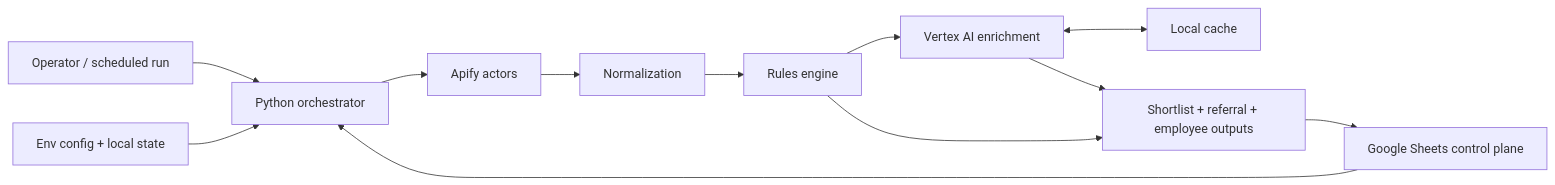
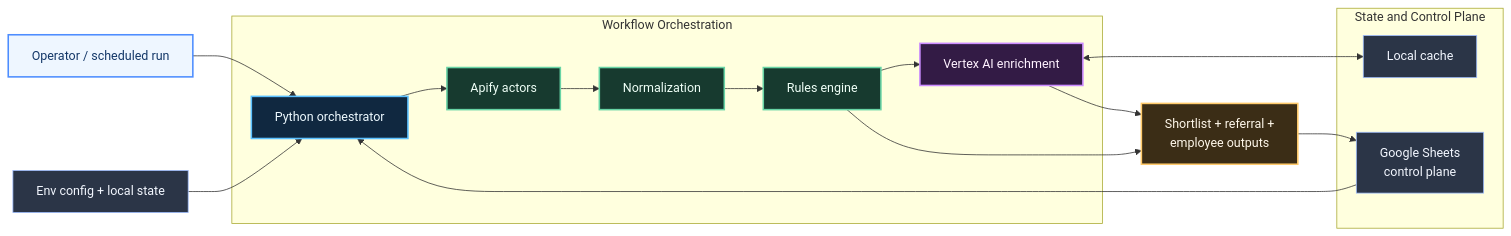
One commit to swapnil-a-p/ai-job-search-mvp changed the diagram in README.md. Above: the diagram before and after it, drawn with Mermaid. The commit also changed 1 other file, not shown here.

Commit message:
Style architecture diagrams with layered Mermaid visuals

````diff
--- a/README.md
+++ b/README.md
@@ -26,25 +26,46 @@
 ```mermaid
 flowchart LR
+    classDef actor fill:#eef6ff,stroke:#4d8dff,color:#133768,stroke-width:2px;
+    classDef orchestrator fill:#102840,stroke:#5bc0ff,color:#eefaff,stroke-width:2px;
+    classDef process fill:#173a2f,stroke:#68d4a5,color:#effff7,stroke-width:2px;
+    classDef ai fill:#331b45,stroke:#cc8cff,color:#fff3ff,stroke-width:2px;
+    classDef storage fill:#2b3547,stroke:#9ebdff,color:#f3f7ff;
+    classDef output fill:#3b2d16,stroke:#ffca6b,color:#fff8eb,stroke-width:2px;
+
     OP[Operator / scheduled run]
     CFG[Env config + local state]
-    ORCH[Python orchestrator]
-    APIFY[Apify actors]
-    NORM[Normalization]
-    SCORE[Rules engine]
-    LLM[Vertex AI enrichment]
-    CACHE[Local cache]
-    SHEETS[Google Sheets control plane]
-    OUT[Shortlist + referral + employee outputs]
+
+    subgraph PIPE[Workflow Orchestration]
+        ORCH[Python orchestrator]
+        APIFY[Apify actors]
+        NORM[Normalization]
+        SCORE[Rules engine]
+        LLM[Vertex AI enrichment]
+    end
+
+    subgraph STORE[State and Control Plane]
+        CACHE[Local cache]
+        SHEETS[Google Sheets<br/>control plane]
+    end
+
+    OUT[Shortlist + referral +<br/>employee outputs]
 
     OP --> ORCH
     CFG --> ORCH
     ORCH --> APIFY
     APIFY --> NORM
     NORM --> SCORE
     SCORE --> LLM
     LLM <--> CACHE
     SCORE --> OUT
     LLM --> OUT
     OUT --> SHEETS
     SHEETS --> ORCH
+
+    class OP actor;
+    class CFG,CACHE,SHEETS storage;
+    class ORCH orchestrator;
+    class APIFY,NORM,SCORE process;
+    class LLM ai;
+    class OUT output;
 ```
````
